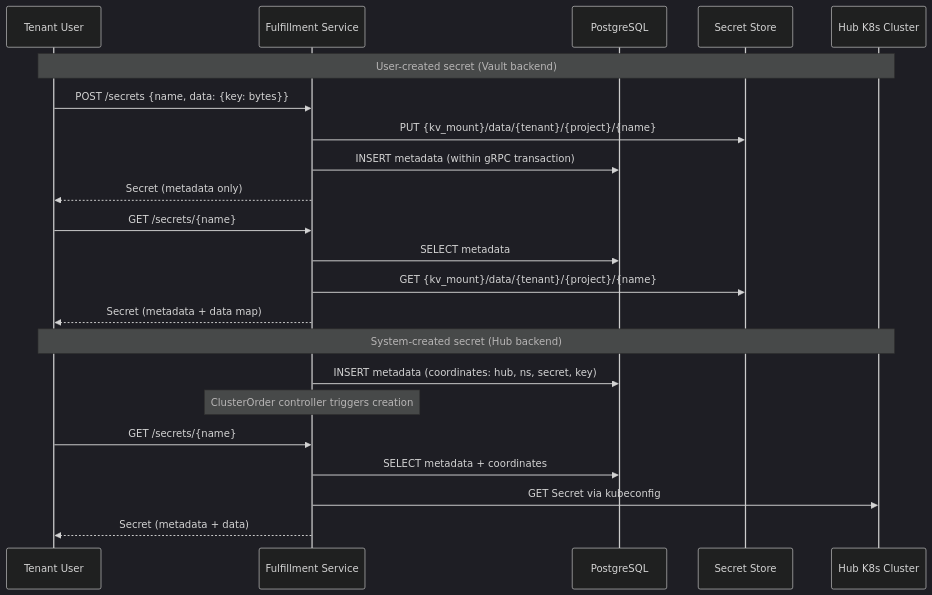
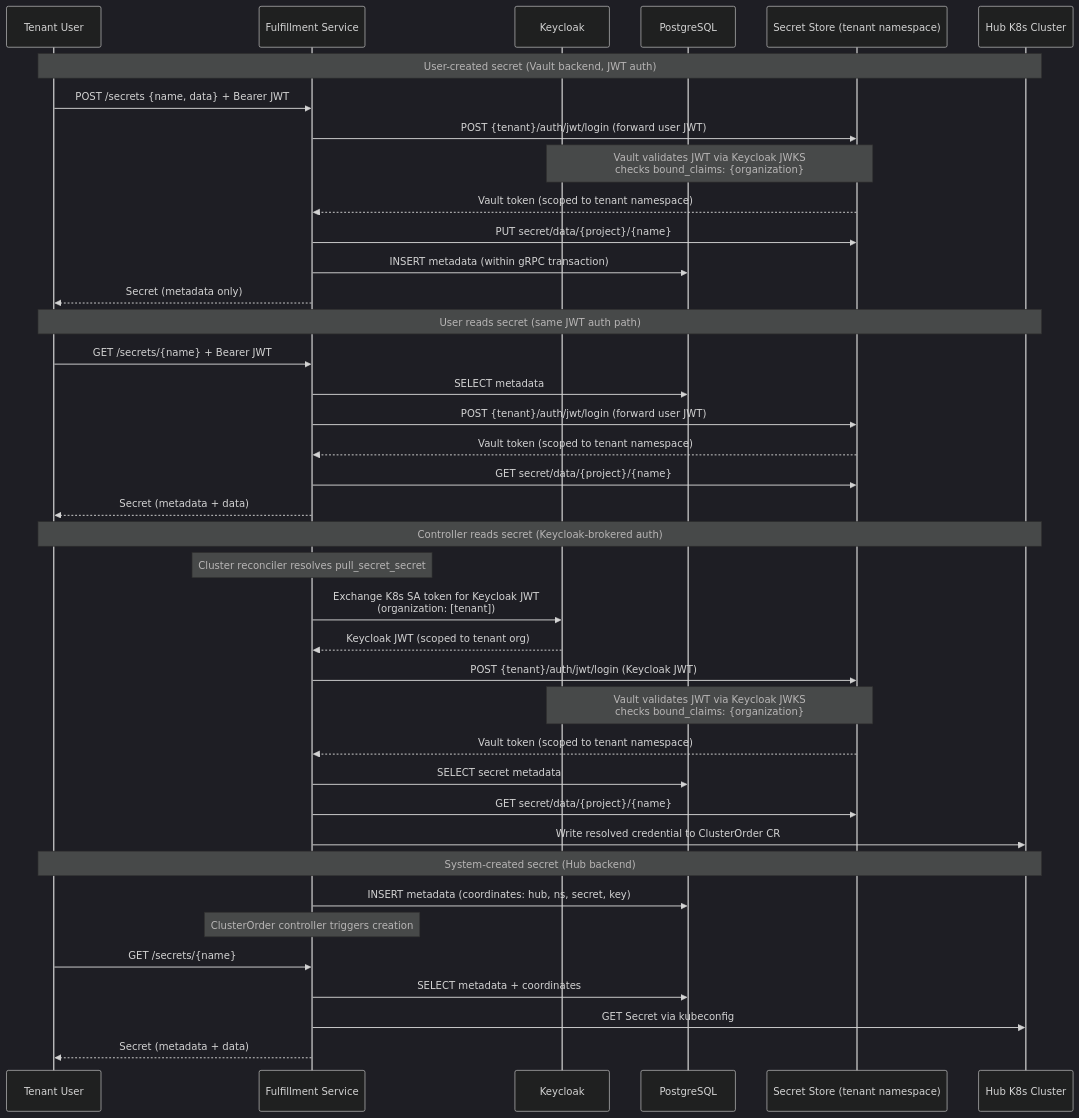
Before and after one commit to osac-project/enhancement-proposals: the diagram in enhancements/secret-management/design.md, drawn with Mermaid (dark theme). The commit also changed other lines of this file, not shown here.

Commit message:
OSAC-1567: Outline namespace usage and Keycloak authentication broker schemes

````diff
--- a/enhancements/secret-management/design.md
+++ b/enhancements/secret-management/design.md
@@ -152,28 +168,46 @@
 ```mermaid
 sequenceDiagram
     participant User as Tenant User
     participant API as Fulfillment Service
+    participant KC as Keycloak
     participant DB as PostgreSQL
-    participant VS as Secret Store
+    participant VS as Secret Store (tenant namespace)
     participant Hub as Hub K8s Cluster
 
-    Note over User,Hub: User-created secret (Vault backend)
-    User->>API: POST /secrets {name, data: {key: bytes}}
-    API->>VS: PUT {kv_mount}/data/{tenant}/{project}/{name}
+    Note over User,Hub: User-created secret (Vault backend, JWT auth)
+    User->>API: POST /secrets {name, data} + Bearer JWT
+    API->>VS: POST {tenant}/auth/jwt/login (forward user JWT)
+    Note over VS,KC: Vault validates JWT via Keycloak JWKS<br/>checks bound_claims: {organization}
+    VS-->>API: Vault token (scoped to tenant namespace)
+    API->>VS: PUT secret/data/{project}/{name}
     API->>DB: INSERT metadata (within gRPC transaction)
     API-->>User: Secret (metadata only)
 
-    User->>API: GET /secrets/{name}
+    Note over User,Hub: User reads secret (same JWT auth path)
+    User->>API: GET /secrets/{name} + Bearer JWT
     API->>DB: SELECT metadata
-    API->>VS: GET {kv_mount}/data/{tenant}/{project}/{name}
-    API-->>User: Secret (metadata + data map)
+    API->>VS: POST {tenant}/auth/jwt/login (forward user JWT)
+    VS-->>API: Vault token (scoped to tenant namespace)
+    API->>VS: GET secret/data/{project}/{name}
+    API-->>User: Secret (metadata + data)
+
+    Note over User,Hub: Controller reads secret (Keycloak-brokered auth)
+    Note over API: Cluster reconciler resolves pull_secret_secret
+    API->>KC: Exchange K8s SA token for Keycloak JWT<br/>(organization: [tenant])
+    KC-->>API: Keycloak JWT (scoped to tenant org)
+    API->>VS: POST {tenant}/auth/jwt/login (Keycloak JWT)
+    Note over VS,KC: Vault validates JWT via Keycloak JWKS<br/>checks bound_claims: {organization}
+    VS-->>API: Vault token (scoped to tenant namespace)
+    API->>DB: SELECT secret metadata
+    API->>VS: GET secret/data/{project}/{name}
+    API->>Hub: Write resolved credential to ClusterOrder CR
 
     Note over User,Hub: System-created secret (Hub backend)
     API->>DB: INSERT metadata (coordinates: hub, ns, secret, key)
     Note over API: ClusterOrder controller triggers creation
 
     User->>API: GET /secrets/{name}
     API->>DB: SELECT metadata + coordinates
     API->>Hub: GET Secret via kubeconfig
     API-->>User: Secret (metadata + data)
 ```
````
